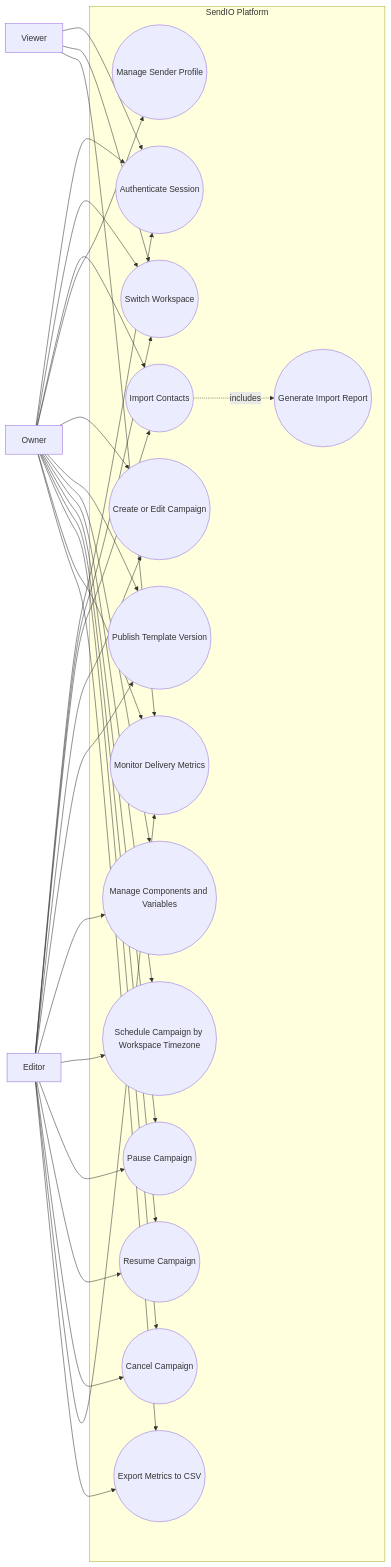
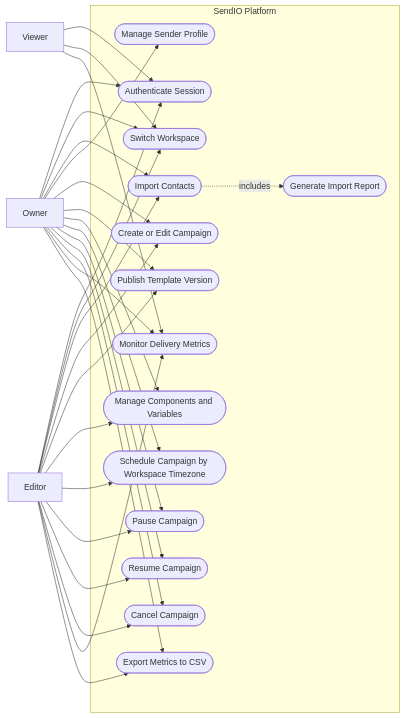
Before and after one commit to Chopyh/SendIO: the diagram in docs/analysis/use-case-diagram.md, drawn with Mermaid. The commit also changed 40 other files, not shown here.

Commit message:
Translate design documentation to Spanish, update activity and component diagrams, and add new system design chapter for SendIO. Implement Docker Redis queue worker and enhance validation documentation. Refactor frontend campaign list page and update shell scripts for queue management.

````diff
--- a/docs/analysis/use-case-diagram.md
+++ b/docs/analysis/use-case-diagram.md
@@ -5,56 +5,56 @@
 ```mermaid
 flowchart LR
     owner[Owner]
     editor[Editor]
     viewer[Viewer]
 
     subgraph sendio[SendIO Platform]
-      ucAuth((Authenticate Session))
-      ucWorkspace((Switch Workspace))
-      ucImport((Import Contacts))
-      ucReportImport((Generate Import Report))
-      ucManageSender((Manage Sender Profile))
-      ucCreateCampaign((Create or Edit Campaign))
-      ucTemplatePublish((Publish Template Version))
-      ucComponentManage((Manage Components and Variables))
-      ucSchedule((Schedule Campaign by Workspace Timezone))
-      ucPause((Pause Campaign))
-      ucResume((Resume Campaign))
-      ucCancel((Cancel Campaign))
-      ucMonitor((Monitor Delivery Metrics))
-      ucExport((Export Metrics to CSV))
+      ucAuth([Authenticate Session])
+      ucWorkspace([Switch Workspace])
+      ucImport([Import Contacts])
+      ucReportImport([Generate Import Report])
+      ucManageSender([Manage Sender Profile])
+      ucCreateCampaign([Create or Edit Campaign])
+      ucTemplatePublish([Publish Template Version])
+      ucComponentManage([Manage Components and Variables])
+      ucSchedule([Schedule Campaign by Workspace Timezone])
+      ucPause([Pause Campaign])
+      ucResume([Resume Campaign])
+      ucCancel([Cancel Campaign])
+      ucMonitor([Monitor Delivery Metrics])
+      ucExport([Export Metrics to CSV])
     end
 
     owner --> ucAuth
     owner --> ucWorkspace
     owner --> ucImport
     owner --> ucManageSender
     owner --> ucCreateCampaign
     owner --> ucTemplatePublish
     owner --> ucComponentManage
     owner --> ucSchedule
     owner --> ucPause
     owner --> ucResume
     owner --> ucCancel
     owner --> ucMonitor
     owner --> ucExport
 
     editor --> ucAuth
     editor --> ucWorkspace
     editor --> ucImport
     editor --> ucCreateCampaign
     editor --> ucTemplatePublish
     editor --> ucComponentManage
     editor --> ucSchedule
     editor --> ucPause
     editor --> ucResume
     editor --> ucCancel
     editor --> ucMonitor
     editor --> ucExport
 
     viewer --> ucAuth
     viewer --> ucWorkspace
     viewer --> ucMonitor
 
     ucImport -. includes .-> ucReportImport
 ```
````
